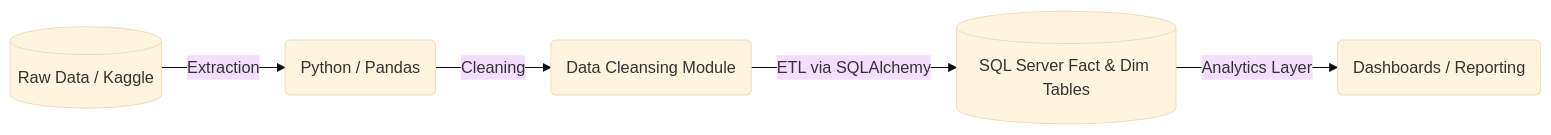
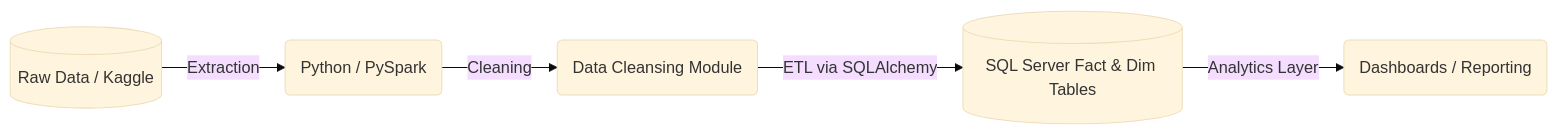
Before and after one commit to KhalidAbdelrazek/E-Commerce-Data-Pipeline: the diagram in README.md, drawn with Mermaid (base theme).

Commit message:
Update data extraction method from Pandas to PySpark

````diff
--- a/README.md
+++ b/README.md
@@ -19,7 +19,7 @@
 ```mermaid
 graph LR
-    A[(Raw Data / Kaggle)] -->|Extraction| B(Python / Pandas)
+    A[(Raw Data / Kaggle)] -->|Extraction| B(Python / PySpark)
     B -->|Cleaning| C(Data Cleansing Module)
     C -->|ETL via SQLAlchemy| D[(SQL Server Fact & Dim Tables)]
     D -->|Analytics Layer| E(Dashboards / Reporting)
 ```
````
